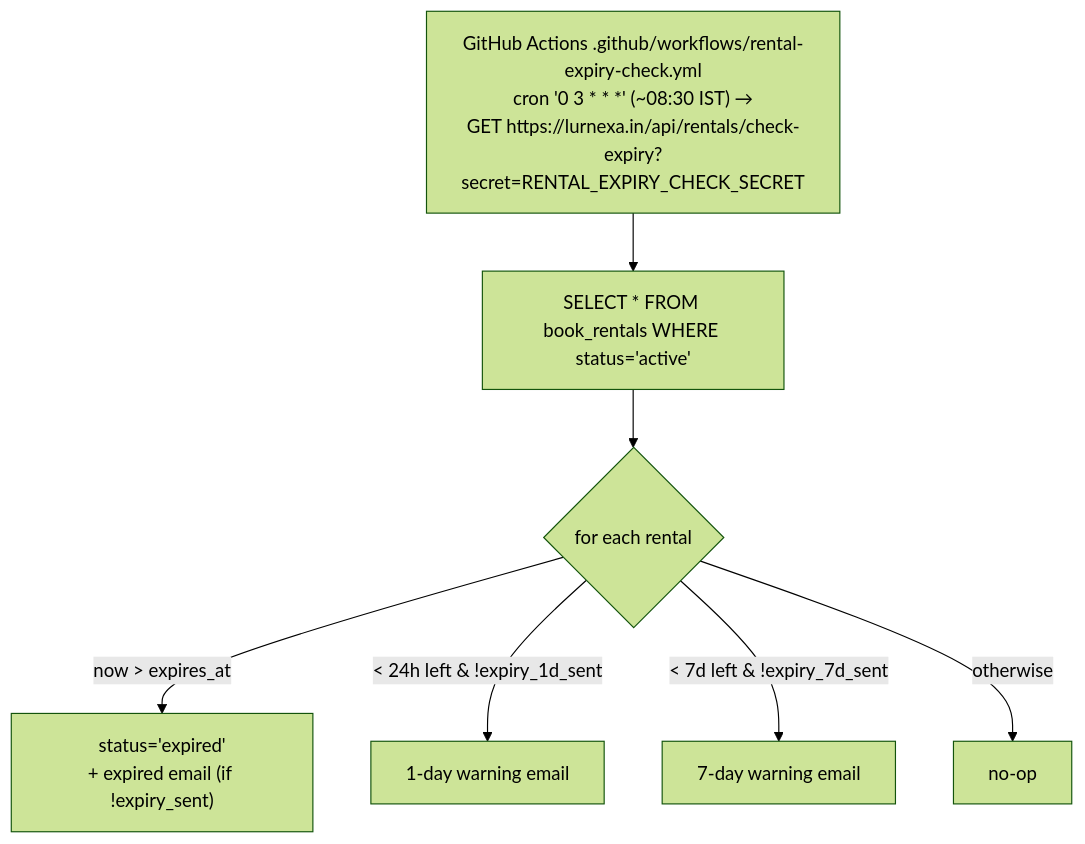
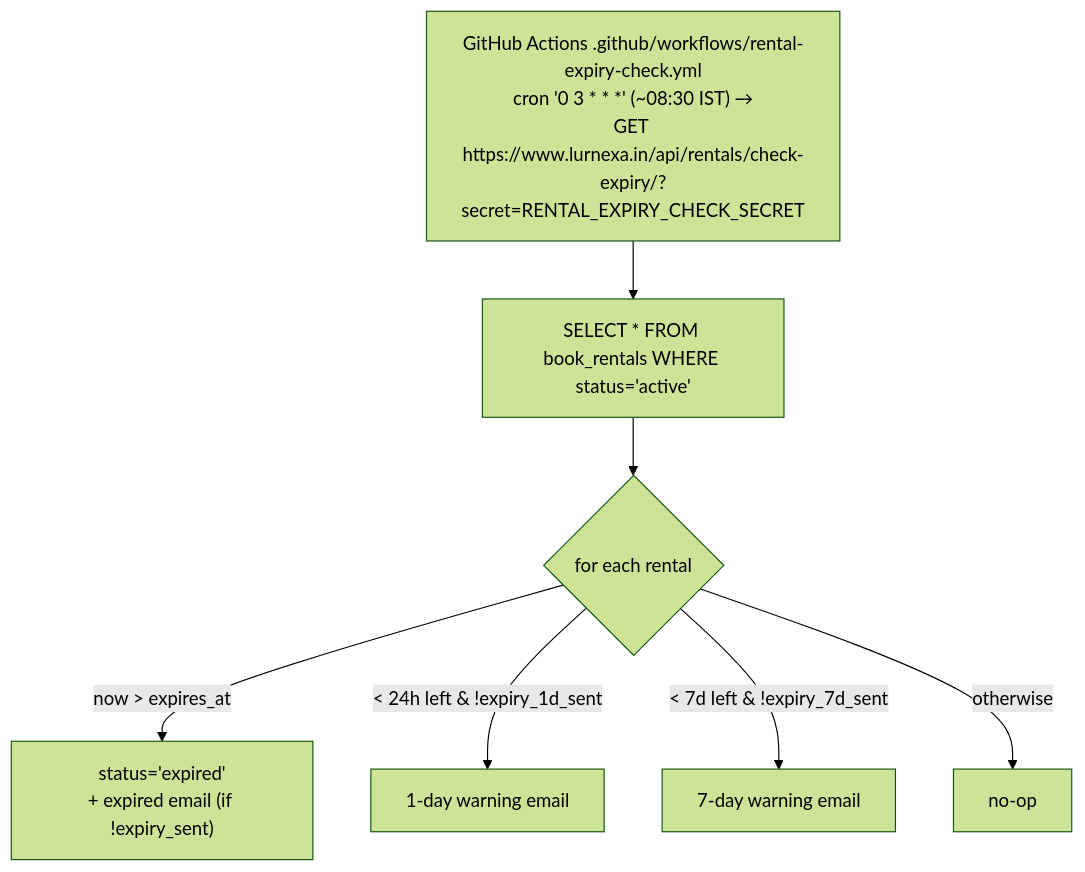
One commit to lurnexapublicationwebsite/l_p_pro changed the eighth of 14 diagrams in docs/textbooks_workflow.md. Above: the diagram before and after it, drawn with Mermaid (forest theme).

Commit message:
Update rental expiry cron URL in docs

````diff
--- a/docs/textbooks_workflow.md
+++ b/docs/textbooks_workflow.md
@@ -344,9 +344,9 @@
 ```mermaid
 flowchart TD
-    Cron["GitHub Actions .github/workflows/rental-expiry-check.yml\ncron '0 3 * * *' (~08:30 IST) →\nGET https://lurnexa.in/api/rentals/check-expiry?secret=RENTAL_EXPIRY_CHECK_SECRET"] --> Q["SELECT * FROM book_rentals WHERE status='active'"]
+    Cron["GitHub Actions .github/workflows/rental-expiry-check.yml\ncron '0 3 * * *' (~08:30 IST) →\nGET https://www.lurnexa.in/api/rentals/check-expiry/?secret=RENTAL_EXPIRY_CHECK_SECRET"] --> Q["SELECT * FROM book_rentals WHERE status='active'"]
     Q --> Loop{"for each rental"}
     Loop -->|"now > expires_at"| Exp["status='expired'\n+ expired email (if !expiry_sent)"]
     Loop -->|"< 24h left & !expiry_1d_sent"| W1["1-day warning email"]
     Loop -->|"< 7d left & !expiry_7d_sent"| W7["7-day warning email"]
     Loop -->|"otherwise"| Skip["no-op"]
 ```
````
